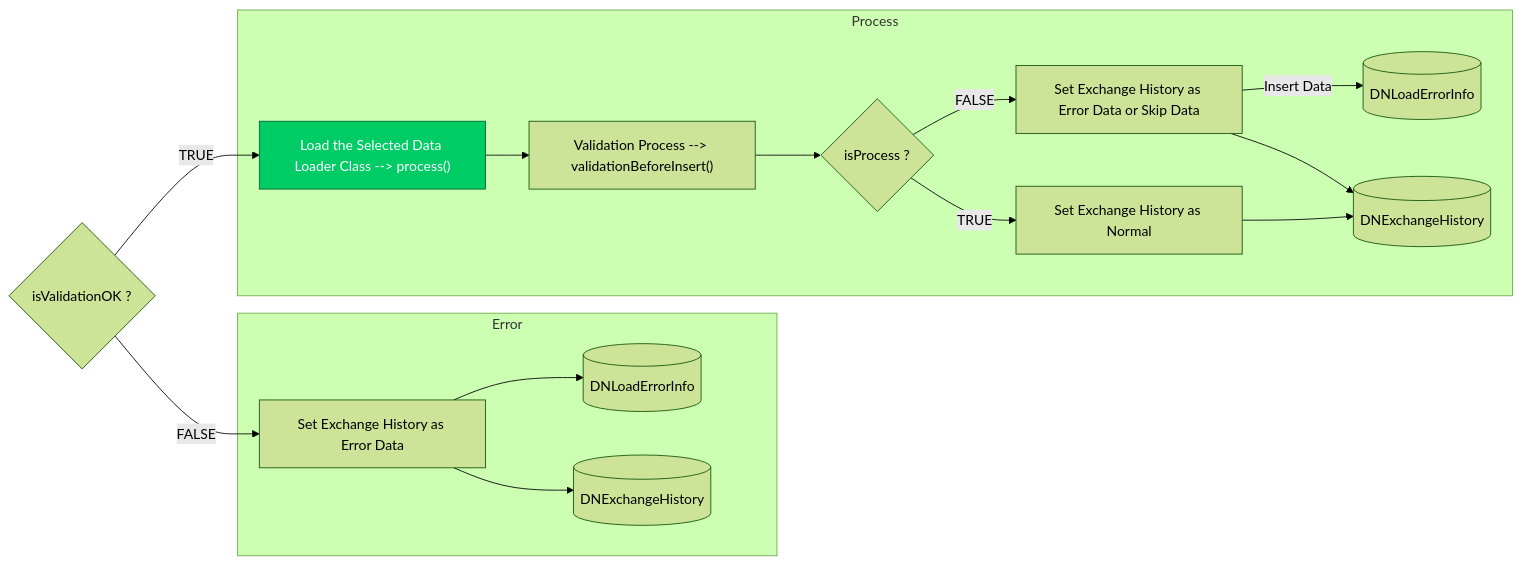
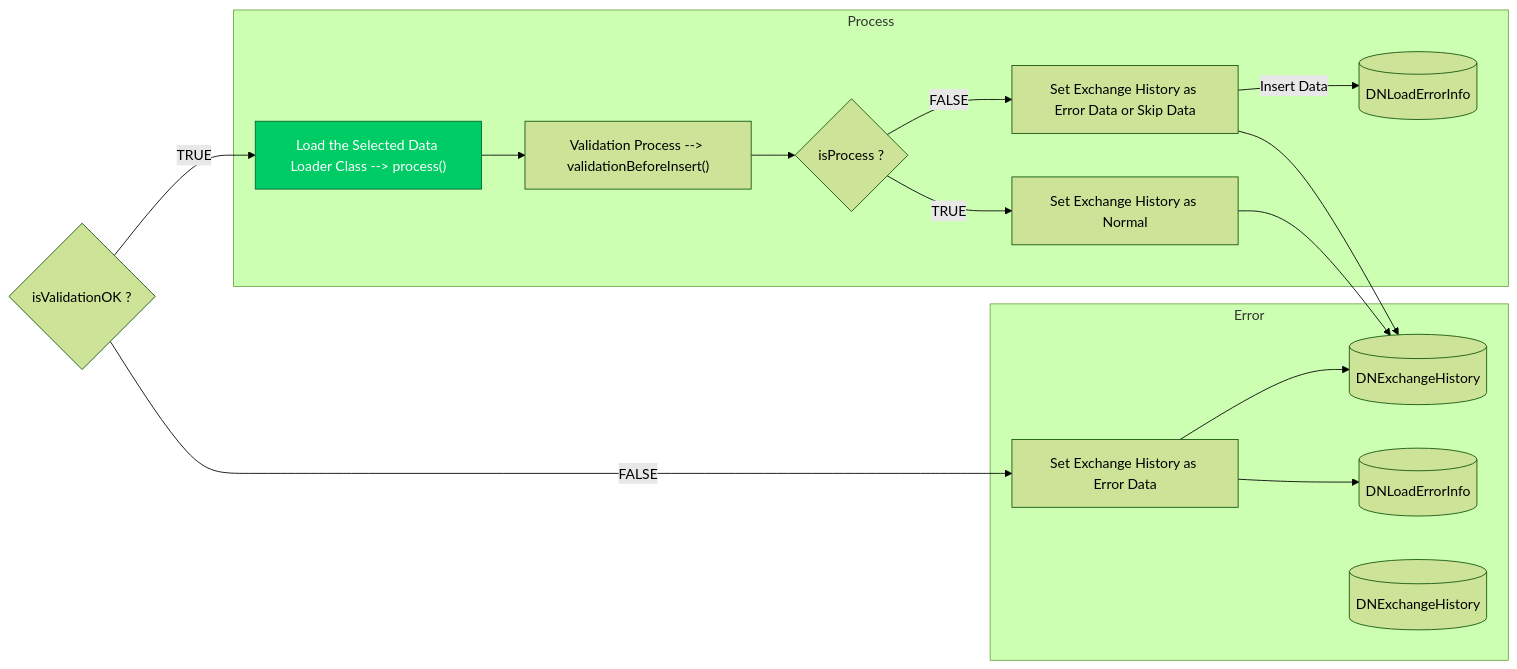
One commit to luthfiadityaa/SimeDarby-Wiki changed the ninth of 9 diagrams in Basic-Design/Host-Interfaces.md. Above: the diagram before and after it, drawn with Mermaid (forest theme).

Commit message:
Updated Host Interfaces

```diff
--- a/Basic-Design/Host-Interfaces.md
+++ b/Basic-Design/Host-Interfaces.md
@@ -712,31 +712,31 @@
 ::: mermaid
 flowchart LR
 Cond1{"isValidationOK ?"}
 Cond1 --> |TRUE| B2
 Cond1 --> |FALSE| C2
 X1[(DNExchangeHistory)]
 
 subgraph Error
  C2 --> C3 
- C2 --> C4
+ C2 --> X1
  C4[(DNExchangeHistory)]
  C3[(DNLoadErrorInfo)]
  C2["Set Exchange History as Error Data"] 
 end
 
 subgraph Process
  B2 --> B3 --> Cond2
  Cond2{"isProcess ?"}
  B2["Load the Selected Data Loader Class --> process()"]
  B3["Validation Process --> validationBeforeInsert()"]
  B4["Set Exchange History as Error Data or Skip Data"]
  B5["Set Exchange History as Normal"]
  B6[(DNLoadErrorInfo)]
  Cond2 --> |FALSE| B4 --> |Insert Data| B6
  B4 --> X1
  Cond2 --> |TRUE| B5 --> X1
 end 
 
 click B2 "https://dev.azure.com/Daifuku-SW/ID_SimeDarbyPlantation/_wiki/wikis/ID_SimeDarbyPlantation.wiki/833/Host-Interfaces?anchor=stage-3"
 style B2 fill:#00cc66,stroke:#006633,color:#ffffff
 :::
```
